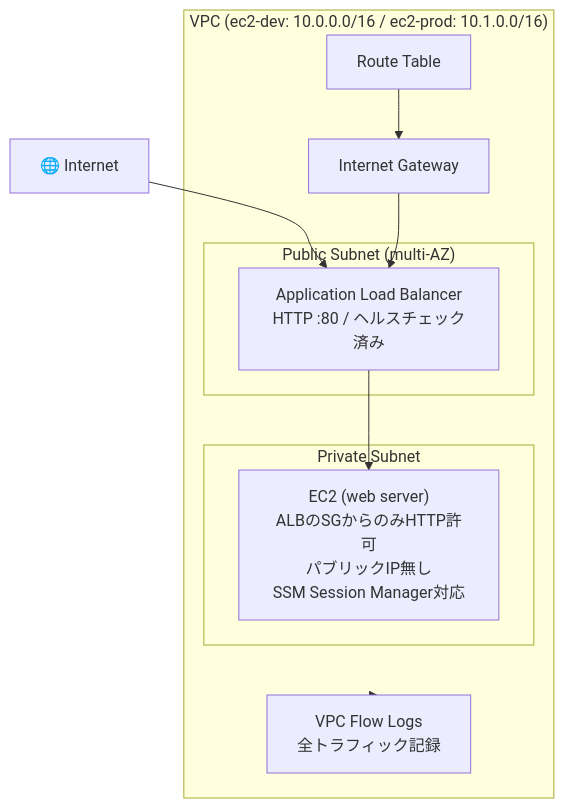
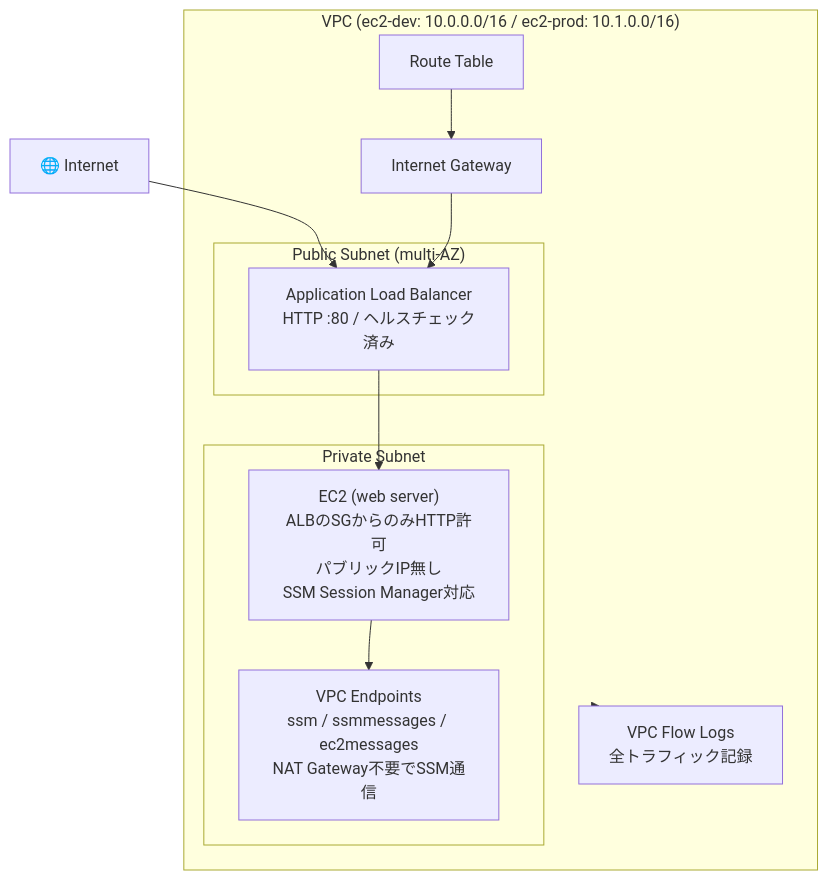
The first of 3 diagrams in README.md (108-infra/terraform-study), drawn with Mermaid before and after one commit. The commit also changed other lines of this file, not shown here.

First line of the commit message:
docs: reflect VPC endpoint, IMDSv2, EBS, and ALB log fixes in README

````diff
--- a/README.md
+++ b/README.md
@@ -21,22 +21,24 @@
 ```mermaid
 graph TD
     Internet["🌐 Internet"]
 
     subgraph VPC["VPC (ec2-dev: 10.0.0.0/16 / ec2-prod: 10.1.0.0/16)"]
         subgraph Public["Public Subnet (multi-AZ)"]
             ALB["Application Load Balancer\nHTTP :80 / ヘルスチェック済み"]
         end
         subgraph Private["Private Subnet"]
             EC2["EC2 (web server)\nALBのSGからのみHTTP許可\nパブリックIP無し\nSSM Session Manager対応"]
+            VPCE["VPC Endpoints\nssm / ssmmessages / ec2messages\nNAT Gateway不要でSSM通信"]
         end
         IGW["Internet Gateway"]
         RT["Route Table"]
         FlowLogs["VPC Flow Logs\n全トラフィック記録"]
     end
 
     Internet --> ALB
     ALB --> EC2
+    EC2 --> VPCE
     IGW --> ALB
     RT --> IGW
     VPC --> FlowLogs
 ```
````
